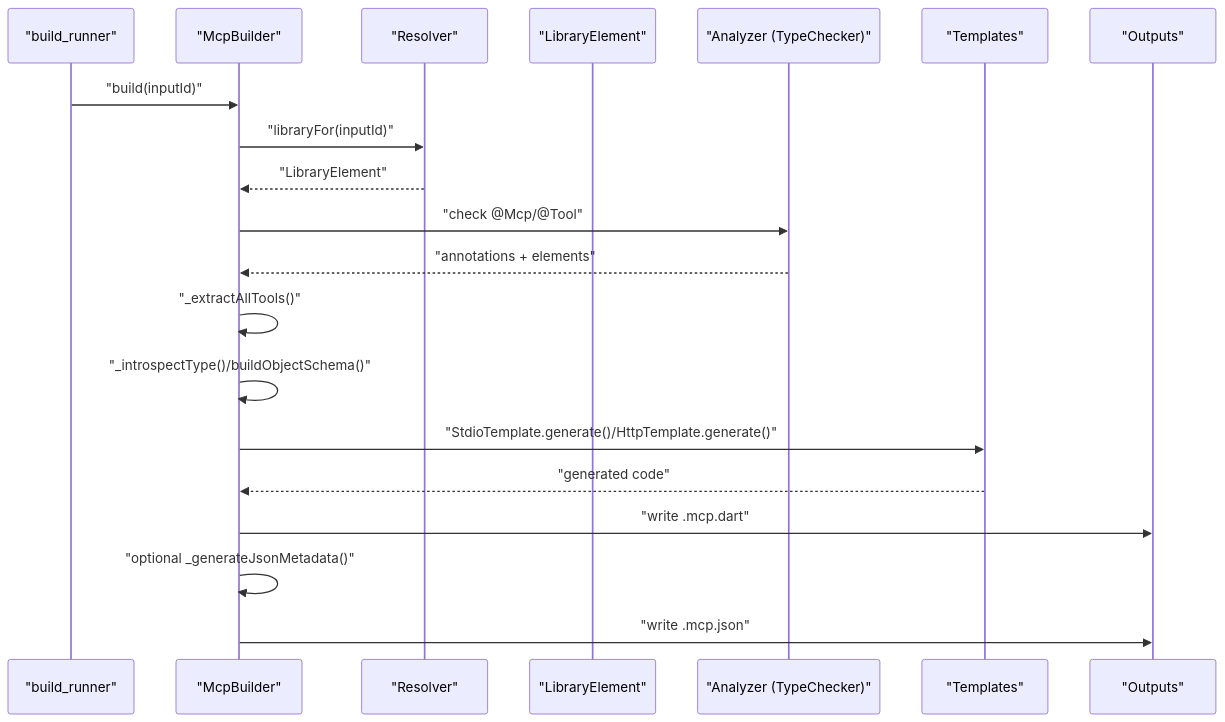
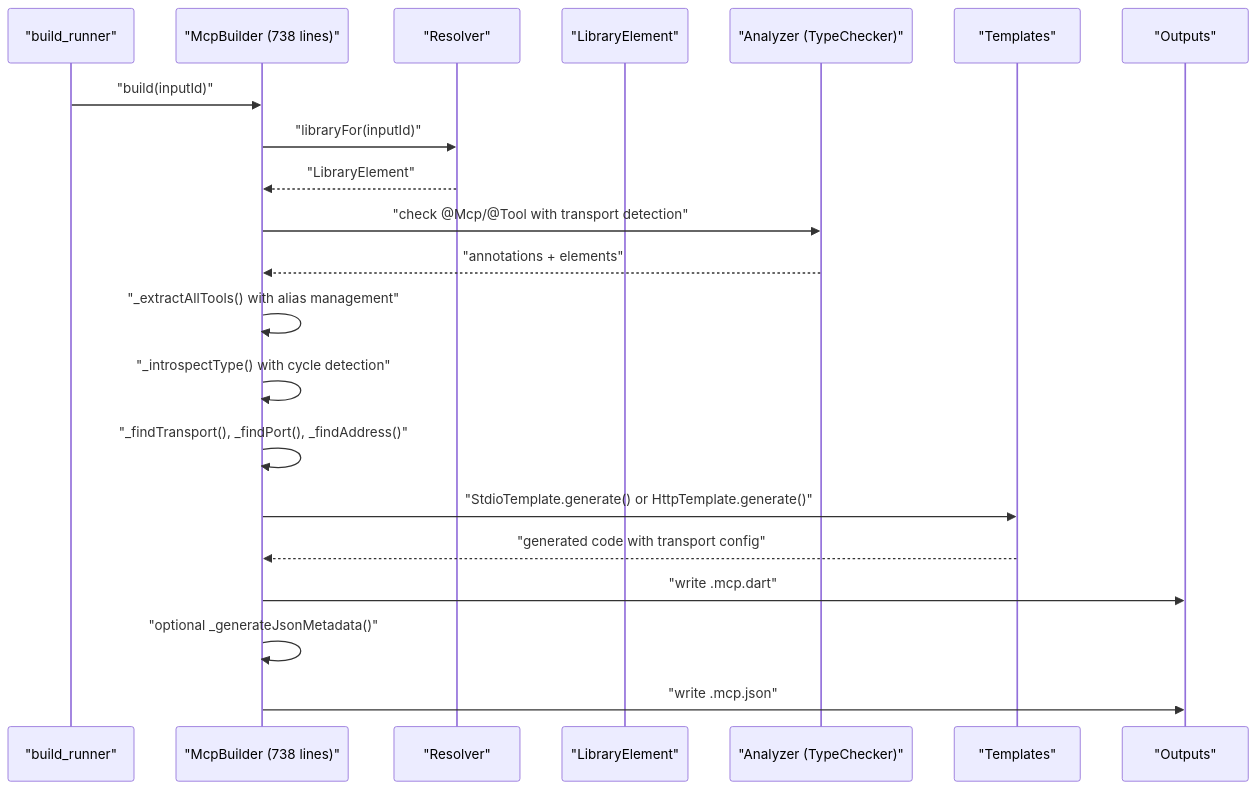
One commit to cdavis-code/easy_mcp_workspace changed the second of 7 diagrams in .qoder/repowiki/en/content/Code Generation Engine/Code Generation Engine.md. Above: the diagram before and after it, drawn with Mermaid. The commit also changed other lines of this file and 14 other files, not shown here.

````diff
--- a/.qoder/repowiki/en/content/Code Generation Engine/Code Generation Engine.md
+++ b/.qoder/repowiki/en/content/Code Generation Engine/Code Generation Engine.md
@@ -129,22 +140,23 @@
 ```mermaid
 sequenceDiagram
 participant BR as "build_runner"
-participant MS as "McpBuilder"
+participant MS as "McpBuilder (738 lines)"
 participant RES as "Resolver"
 participant LIB as "LibraryElement"
 participant AN as "Analyzer (TypeChecker)"
 participant TPL as "Templates"
 participant OUT as "Outputs"
 BR->>MS : "build(inputId)"
 MS->>RES : "libraryFor(inputId)"
 RES-->>MS : "LibraryElement"
-MS->>AN : "check @Mcp/@Tool"
+MS->>AN : "check @Mcp/@Tool with transport detection"
 AN-->>MS : "annotations + elements"
-MS->>MS : "_extractAllTools()"
-MS->>MS : "_introspectType()/buildObjectSchema()"
-MS->>TPL : "StdioTemplate.generate()/HttpTemplate.generate()"
-TPL-->>MS : "generated code"
+MS->>MS : "_extractAllTools() with alias management"
+MS->>MS : "_introspectType() with cycle detection"
+MS->>MS : "_findTransport(), _findPort(), _findAddress()"
+MS->>TPL : "StdioTemplate.generate() or HttpTemplate.generate()"
+TPL-->>MS : "generated code with transport config"
 MS->>OUT : "write .mcp.dart"
 MS->>MS : "optional _generateJsonMetadata()"
 MS->>OUT : "write .mcp.json"
 ```
````
